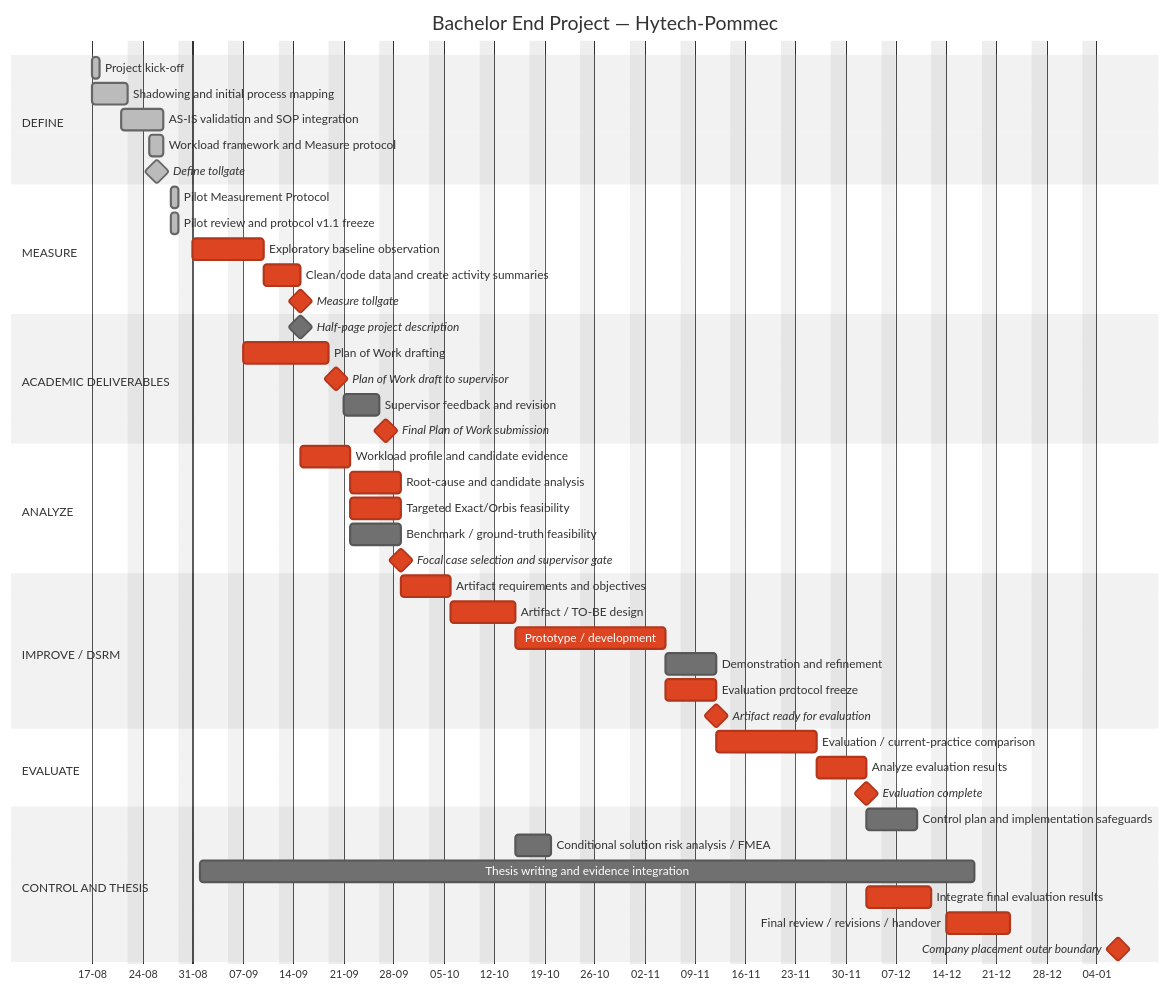
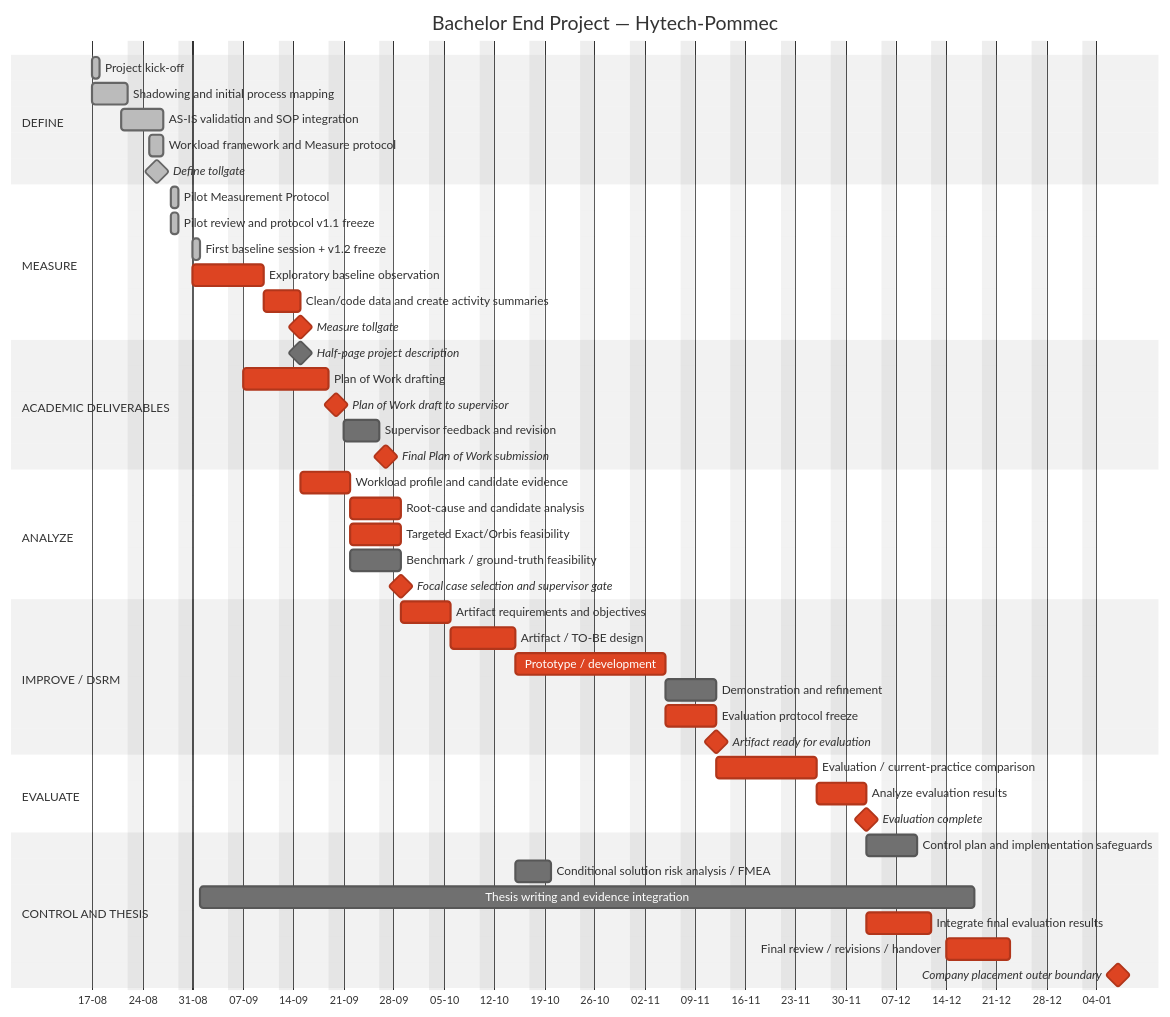
One commit to Luuuuuig/Bachelor-End-Project changed the diagram in docs/Project_Timeline.md. Above: the diagram before and after it, drawn with Mermaid (neutral theme). The commit also changed other lines of this file, not shown here.

Commit message:
Record first baseline session and v1.2 freeze

````diff
--- a/docs/Project_Timeline.md
+++ b/docs/Project_Timeline.md
@@ -24,58 +24,59 @@
 ```mermaid
 gantt
     title Bachelor End Project — Hytech-Pommec
     dateFormat  YYYY-MM-DD
     axisFormat  %d-%m
     tickInterval 1week
     weekday monday
     excludes    weekends
 
     section DEFINE
     Project kick-off                         :done, d1, 2026-08-17, 1d
     Shadowing and initial process mapping    :done, d2, 2026-08-17, 5d
     AS-IS validation and SOP integration     :done, d3, 2026-08-21, 4d
     Workload framework and Measure protocol  :done, d4, 2026-08-25, 2d
     Define tollgate                          :milestone, done, dm, 2026-08-26, 0d
 
     section MEASURE
     Pilot Measurement Protocol               :done, m1, 2026-08-28, 1d
     Pilot review and protocol v1.1 freeze    :done, m2, 2026-08-28, 1d
+    First baseline session + v1.2 freeze       :done, m2b, 2026-08-31, 1d
     Exploratory baseline observation         :crit, m3, 2026-08-31, 8d
     Clean/code data and create activity summaries:crit, m4, after m3, 3d
     Measure tollgate                         :milestone, crit, mm, after m4, 0d
 
     section ACADEMIC DELIVERABLES
     Half-page project description            :milestone, ad1, 2026-09-15, 0d
     Plan of Work drafting                    :crit, ad2, 2026-09-07, 10d
     Plan of Work draft to supervisor         :milestone, crit, ad3, 2026-09-20, 0d
     Supervisor feedback and revision         :ad4, 2026-09-21, 5d
     Final Plan of Work submission            :milestone, crit, ad5, 2026-09-27, 0d
 
     section ANALYZE
     Workload profile and candidate evidence  :crit, a1, after m4, 5d
     Root-cause and candidate analysis        :crit, a2, after a1, 5d
     Targeted Exact/Orbis feasibility         :crit, a3, after a1, 5d
     Benchmark / ground-truth feasibility     :a4, after a1, 5d
     Focal case selection and supervisor gate :milestone, crit, a5, after a2 a3 a4, 0d
 
     section IMPROVE / DSRM
     Artifact requirements and objectives     :crit, i1, after a5, 5d
     Artifact / TO-BE design                  :crit, i2, after i1, 7d
     Prototype / development                  :crit, i3, after i2, 15d
     Demonstration and refinement             :i4, after i3, 5d
     Evaluation protocol freeze               :crit, i5, after i3, 5d
     Artifact ready for evaluation            :milestone, crit, i6, after i4 i5, 0d
 
     section EVALUATE
     Evaluation / current-practice comparison :crit, e1, after i6, 10d
     Analyze evaluation results               :crit, e2, after e1, 5d
     Evaluation complete                      :milestone, crit, e3, after e2, 0d
 
     section CONTROL AND THESIS
     Control plan and implementation safeguards:c1, after e2, 5d
     Conditional solution risk analysis / FMEA:c2, after i2, 3d
     Thesis writing and evidence integration  :t1, 2026-09-01, 2026-12-18
     Integrate final evaluation results        :crit, t2, after e2, 7d
     Final review / revisions / handover       :crit, t3, after t2, 7d
     Company placement outer boundary          :milestone, crit, t4, 2027-01-07, 0d
 ```
````
